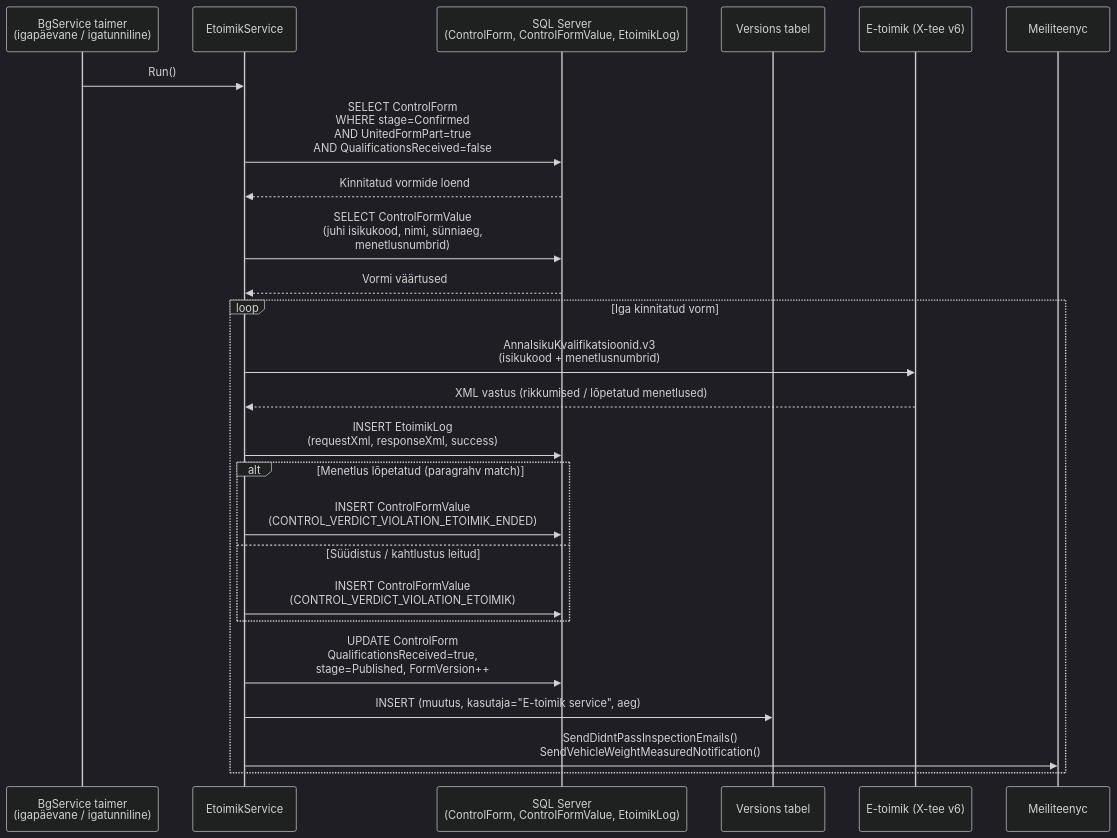
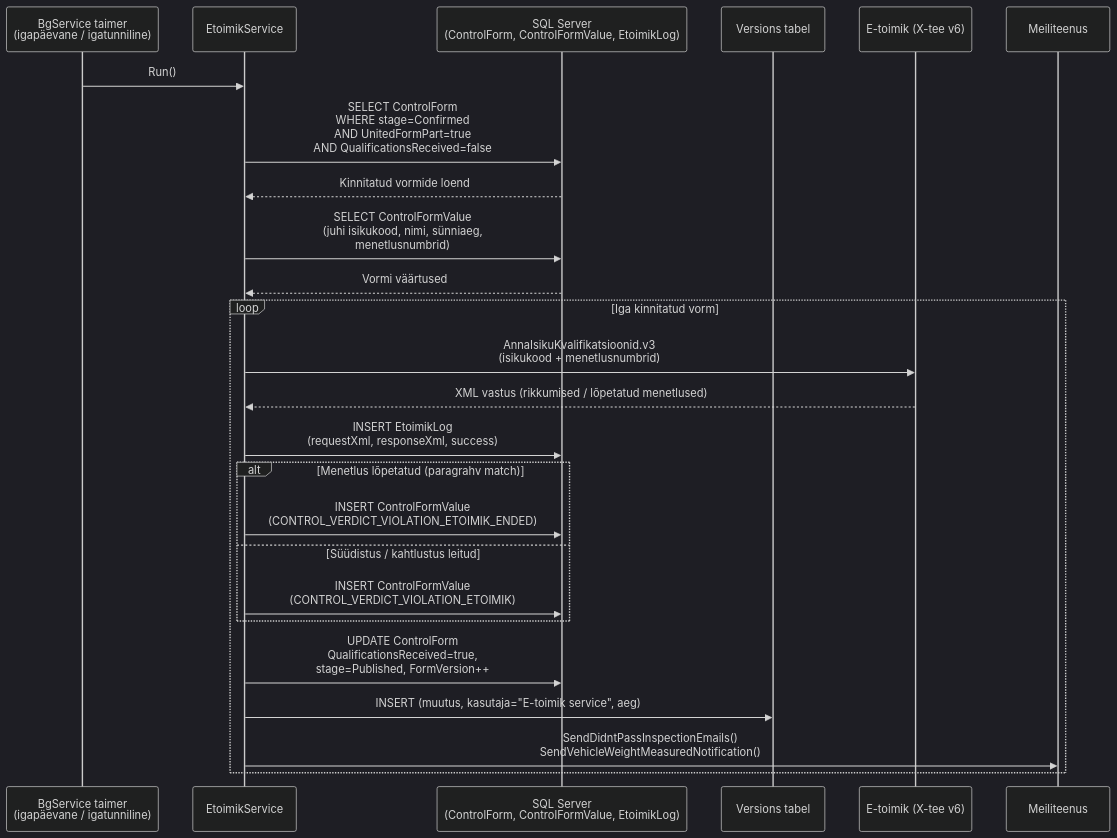
One commit to kemit-ee/ljvis-2 changed the third of 7 diagrams in architecture/sequence-diagrams.md. Above: the diagram before and after it, drawn with Mermaid (dark theme). The commit also changed other lines of this file and 1 other file, not shown here.

Commit message:
arhitektuuridokke puhastatud

````diff
--- a/architecture/sequence-diagrams.md
+++ b/architecture/sequence-diagrams.md
@@ -71,34 +71,34 @@
 ```mermaid
 sequenceDiagram
     participant Timer as BgService taimer<br/>(igapäevane / igatunniline)
     participant EtoimikSvc as EtoimikService
     participant DB as SQL Server<br/>(ControlForm, ControlFormValue, EtoimikLog)
     participant Versions as Versions tabel
     participant Etoimik as E-toimik (X-tee v6)
-    participant Mail as Meiliteenус
+    participant Mail as Meiliteenus
 
     Timer->>EtoimikSvc: Run()
 
     EtoimikSvc->>DB: SELECT ControlForm<br/>WHERE stage=Confirmed<br/>AND UnitedFormPart=true<br/>AND QualificationsReceived=false
     DB-->>EtoimikSvc: Kinnitatud vormide loend
 
     EtoimikSvc->>DB: SELECT ControlFormValue<br/>(juhi isikukood, nimi, sünniaeg,<br/>menetlusnumbrid)
     DB-->>EtoimikSvc: Vormi väärtused
 
     loop Iga kinnitatud vorm
         EtoimikSvc->>Etoimik: AnnaIsikuKvalifikatsioonid.v3<br/>(isikukood + menetlusnumbrid)
         Etoimik-->>EtoimikSvc: XML vastus (rikkumised / lõpetatud menetlused)
 
         EtoimikSvc->>DB: INSERT EtoimikLog<br/>(requestXml, responseXml, success)
 
         alt Menetlus lõpetatud (paragrahv match)
             EtoimikSvc->>DB: INSERT ControlFormValue<br/>(CONTROL_VERDICT_VIOLATION_ETOIMIK_ENDED)
         else Süüdistus / kahtlustus leitud
             EtoimikSvc->>DB: INSERT ControlFormValue<br/>(CONTROL_VERDICT_VIOLATION_ETOIMIK)
         end
 
         EtoimikSvc->>DB: UPDATE ControlForm<br/>QualificationsReceived=true,<br/>stage=Published, FormVersion++
         EtoimikSvc->>Versions: INSERT (muutus, kasutaja="E-toimik service", aeg)
         EtoimikSvc->>Mail: SendDidntPassInspectionEmails()<br/>SendVehicleWeightMeasuredNotification()
     end
 ```
````
